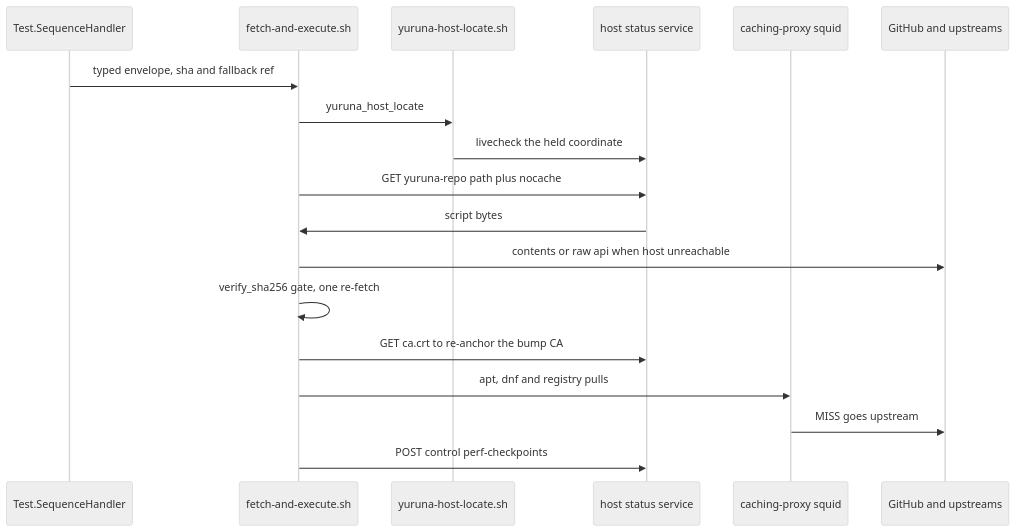
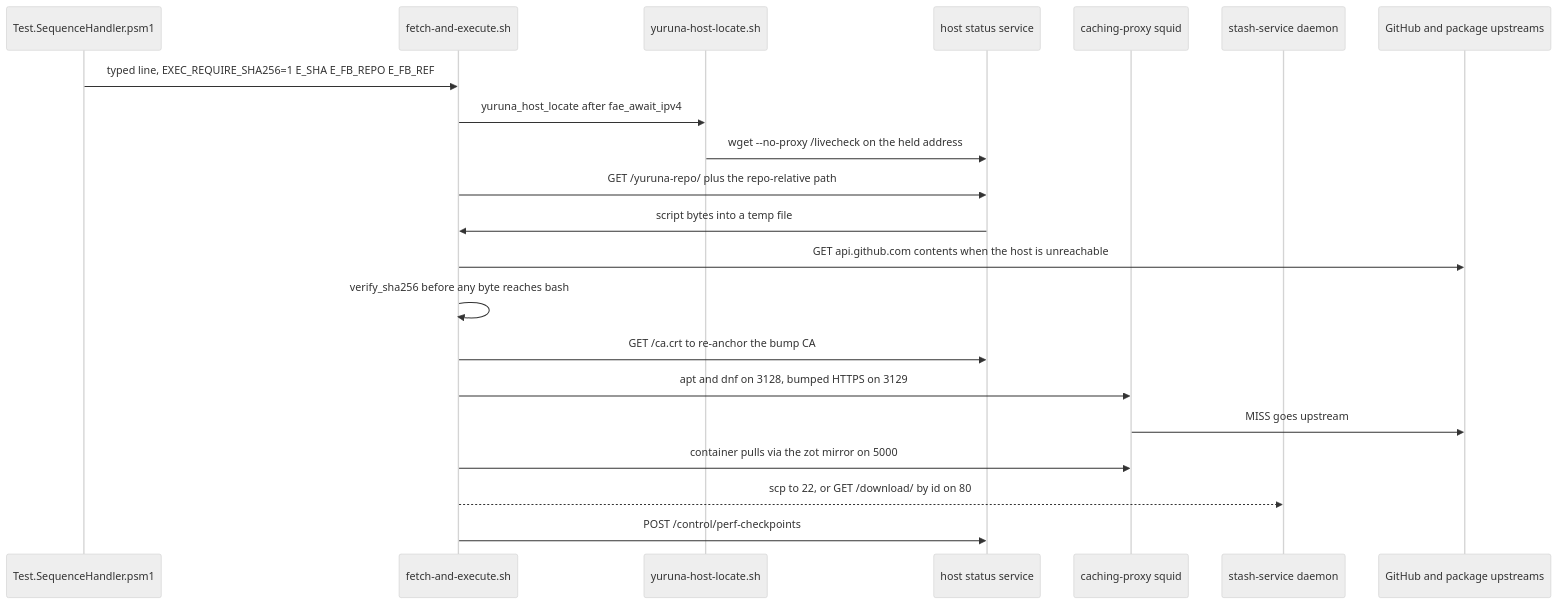
The third of 7 diagrams in docs/design/03-data-flows.md (alissonsol/yuruna), drawn with Mermaid (neutral theme) before and after one commit. The commit also changed other lines of this file and 752 other files, not shown here.

````diff
--- a/docs/design/03-data-flows.md
+++ b/docs/design/03-data-flows.md
@@ -275,20 +274,24 @@
 ```mermaid
 sequenceDiagram
-    participant harness as Test.SequenceHandler
+    participant handler as Test.SequenceHandler.psm1
     participant fae as fetch-and-execute.sh
     participant locate as yuruna-host-locate.sh
     participant statussvc as host status service
     participant squid as caching-proxy squid
-    participant origin as GitHub and upstreams
-    harness->>fae: typed envelope, sha and fallback ref
-    fae->>locate: yuruna_host_locate
-    locate->>statussvc: livecheck the held coordinate
-    fae->>statussvc: GET yuruna-repo path plus nocache
-    statussvc->>fae: script bytes
-    fae->>origin: contents or raw api when host unreachable
-    fae->>fae: verify_sha256 gate, one re-fetch
-    fae->>statussvc: GET ca.crt to re-anchor the bump CA
-    fae->>squid: apt, dnf and registry pulls
+    participant stash as stash-service daemon
+    participant origin as GitHub and package upstreams
+    handler->>fae: typed line, EXEC_REQUIRE_SHA256=1 E_SHA E_FB_REPO E_FB_REF
+    fae->>locate: yuruna_host_locate after fae_await_ipv4
+    locate->>statussvc: wget --no-proxy /livecheck on the held address
+    fae->>statussvc: GET /yuruna-repo/ plus the repo-relative path
+    statussvc->>fae: script bytes into a temp file
+    fae->>origin: GET api.github.com contents when the host is unreachable
+    fae->>fae: verify_sha256 before any byte reaches bash
+    fae->>statussvc: GET /ca.crt to re-anchor the bump CA
+    fae->>squid: apt and dnf on 3128, bumped HTTPS on 3129
     squid->>origin: MISS goes upstream
-    fae->>statussvc: POST control perf-checkpoints
+    fae->>squid: container pulls via the zot mirror on 5000
+    %% optional
+    fae-->>stash: scp to 22, or GET /download/ by id on 80
+    fae->>statussvc: POST /control/perf-checkpoints
 ```
````
